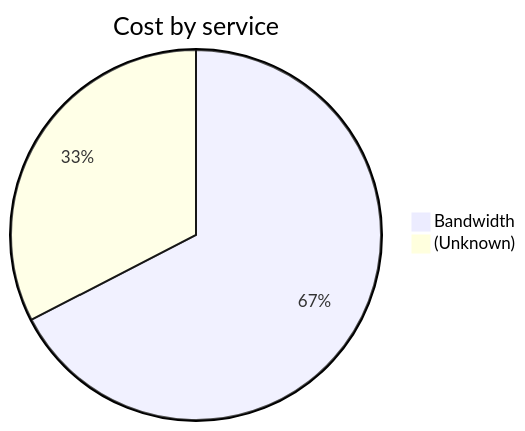
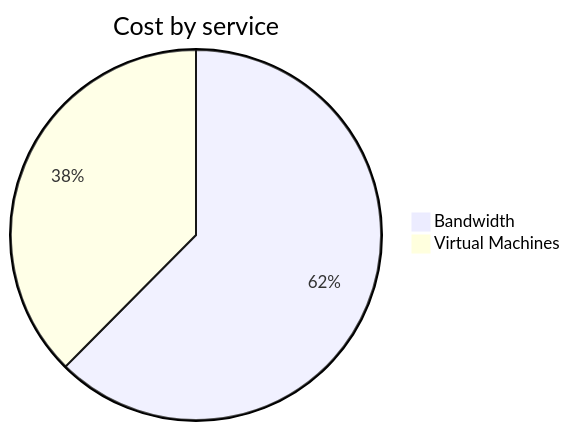
The second of 4 diagrams in cost-reports/personal-network/vpn-server.md (jpfulton/azure-personal-reports), drawn with Mermaid before and after one commit. The commit also changed other lines of this file and 8 other files, not shown here.

````diff
--- a/cost-reports/personal-network/vpn-server.md
+++ b/cost-reports/personal-network/vpn-server.md
@@ -96,6 +96,6 @@
 ```mermaid
 pie
    title Cost by service
    "Bandwidth" : 1.18
-   "(Unknown)" : 0.57
+   "Virtual Machines" : 0.71
 ```
````
